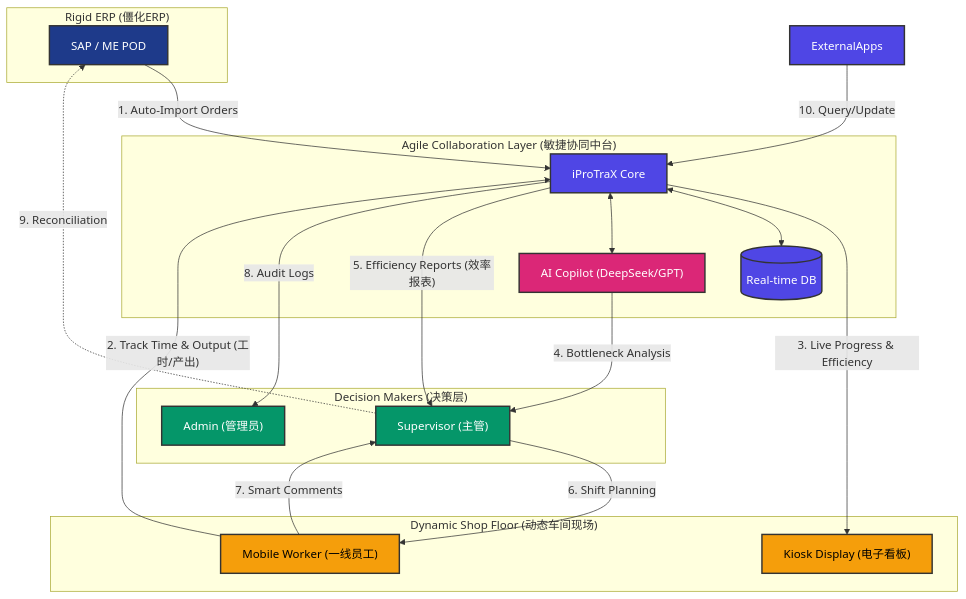
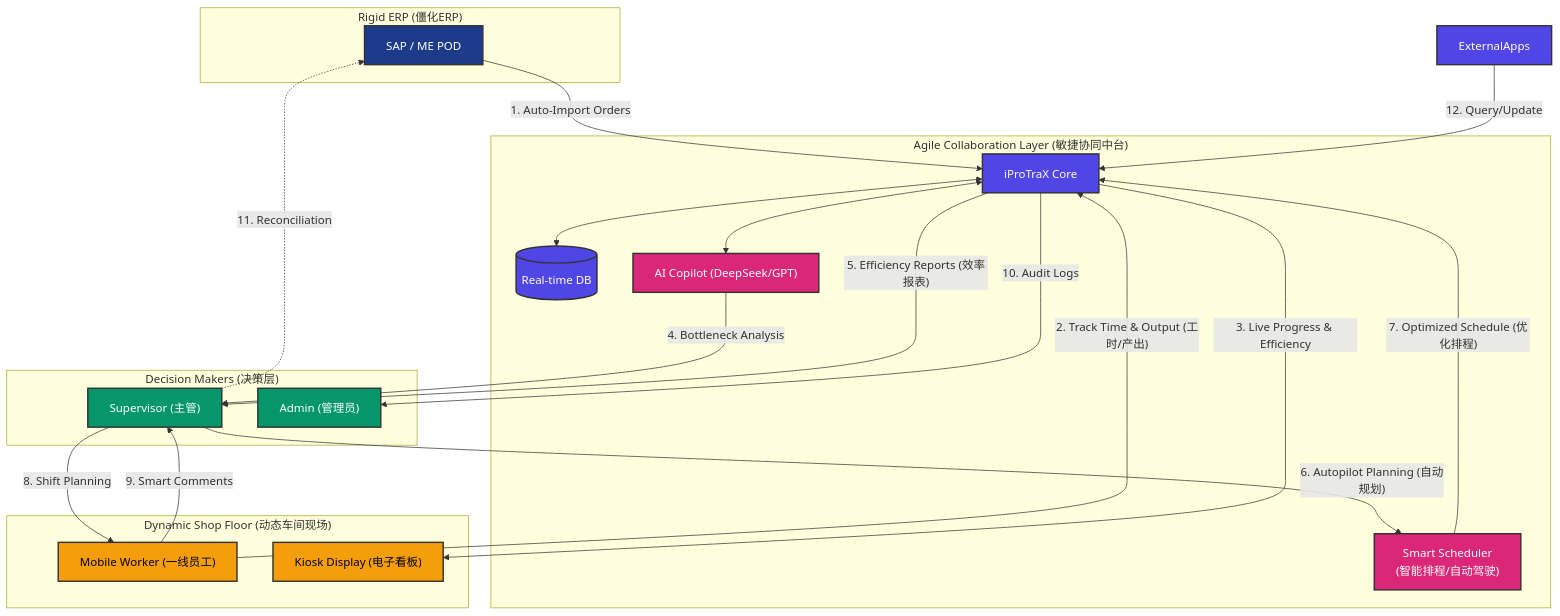
One commit to Tropical8818/iProTraX changed the first of 2 diagrams in README_ZH.md. Above: the diagram before and after it, drawn with Mermaid. The commit also changed other lines of this file and 1 other file, not shown here.

Commit message:
docs: update diagrams with smart scheduler architecture

````diff
--- a/README_ZH.md
+++ b/README_ZH.md
@@ -30,47 +30,52 @@
 ```mermaid
 flowchart TB
  subgraph RigidERP["Rigid ERP (僵化ERP)"]
         SAP["SAP / ME POD"]
   end
  subgraph DynamicShop["Dynamic Shop Floor (动态车间现场)"]
         Worker["Mobile Worker (一线员工)"]
         Kiosk["Kiosk Display (电子看板)"]
   end
  subgraph AgileCore["Agile Collaboration Layer (敏捷协同中台)"]
         App["iProTraX Core"]
+        Scheduler["Smart Scheduler
+        (智能排程/自动驾驶)"]
         DB[("Real-time DB")]
         AI["AI Copilot (DeepSeek/GPT)"]
   end
  subgraph DecisionMakers["Decision Makers (决策层)"]
         Supervisor["Supervisor (主管)"]
         Admin["Admin (管理员)"]
   end
     SAP -- "1. Auto-Import Orders" --> App
     Worker -- "2. Track Time & Output (工时/产出)" --> App
     App -- "3. Live Progress & Efficiency" --> Kiosk
     App <--> DB
     App <--> AI
     AI -- "4. Bottleneck Analysis" --> Supervisor
     App -- "5. Efficiency Reports (效率报表)" --> Supervisor
-    Supervisor -- "6. Shift Planning" --> Worker
-    Worker -- "7. Smart Comments" --> Supervisor
-    App -- "8. Audit Logs" --> Admin
-    Supervisor -. "9. Reconciliation" .-> SAP
-    ExternalApps -- "10. Query/Update" --> App
+    Supervisor -- "6. Autopilot Planning (自动规划)" --> Scheduler
+    Scheduler -- "7. Optimized Schedule (优化排程)" --> App
+    Supervisor -- "8. Shift Planning" --> Worker
+    Worker -- "9. Smart Comments" --> Supervisor
+    App -- "10. Audit Logs" --> Admin
+    Supervisor -. "11. Reconciliation" .-> SAP
+    ExternalApps -- "12. Query/Update" --> App
     
      SAP:::sap
      Worker:::shop
      Kiosk:::shop
      App:::core
+     Scheduler:::ai
      DB:::core
      AI:::ai
      Supervisor:::manage
      Admin:::manage
      ExternalApps:::core
      
     classDef sap fill:#1e3a8a,stroke:#333,stroke-width:2px,color:white
     classDef core fill:#4f46e5,stroke:#333,stroke-width:2px,color:white
     classDef shop fill:#f59e0b,stroke:#333,stroke-width:2px,color:black
     classDef manage fill:#059669,stroke:#333,stroke-width:2px,color:white
     classDef ai fill:#db2777,stroke:#333,stroke-width:2px,color:white
 ```
````
